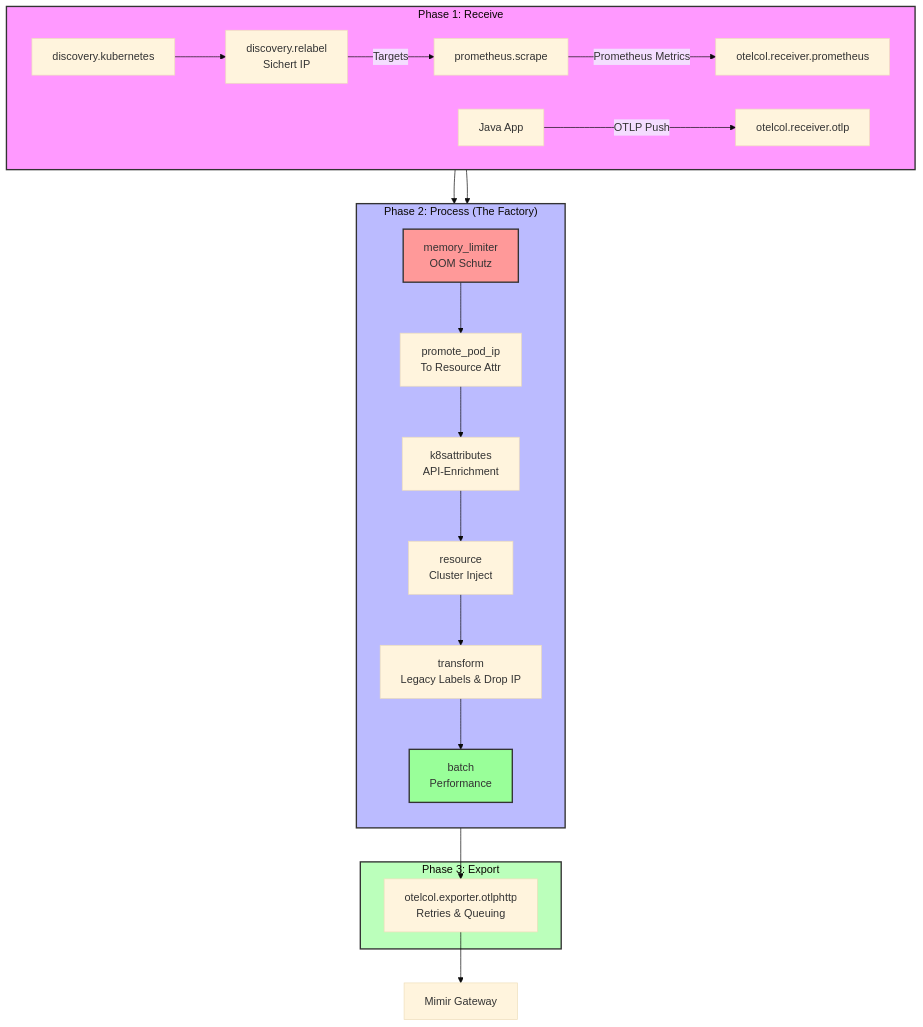
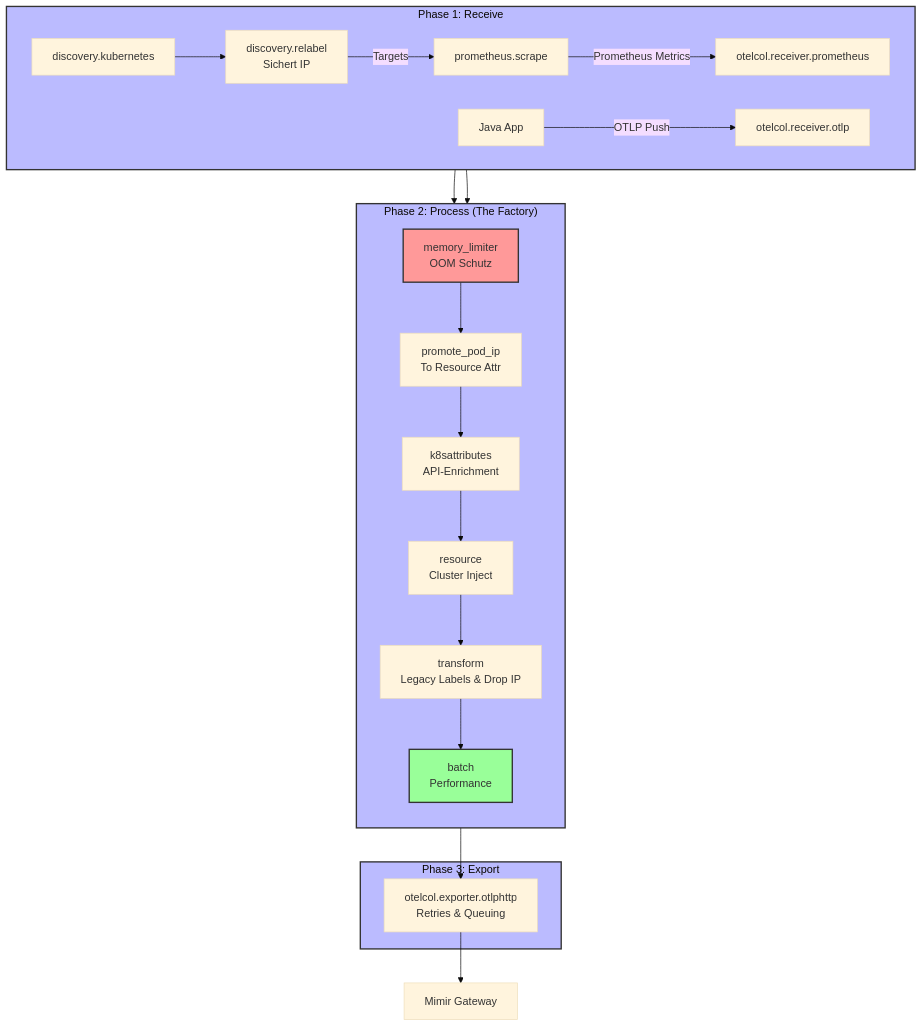
The diagram in docs/data-pipeline-concept.md (saadisfy/bwcloud-gitops), drawn with Mermaid (base theme) before and after one commit.

Commit message:
doc: recolor mermaid graph

````diff
--- a/docs/data-pipeline-concept.md
+++ b/docs/data-pipeline-concept.md
@@ -251,37 +251,37 @@
 ```mermaid
 flowchart TB
     subgraph Phase1["Phase 1: Receive"]
         direction LR
         SD[discovery.kubernetes] --> RL[discovery.relabel<br/>Sichert IP]
         RL -- "Targets" --> PS[prometheus.scrape]
         PS -- "Prometheus Metrics" --> RP[otelcol.receiver.prometheus]
         
         APP[Java App] -- "OTLP Push" --> RO[otelcol.receiver.otlp]
     end
 
     subgraph Phase2["Phase 2: Process (The Factory)"]
         direction TB
         ML[memory_limiter<br/>OOM Schutz] --> PP[promote_pod_ip<br/>To Resource Attr]
         PP --> KA[k8sattributes<br/>API-Enrichment]
         KA --> RS[resource<br/>Cluster Inject]
         RS --> TF[transform<br/>Legacy Labels & Drop IP]
         TF --> BA[batch<br/>Performance]
     end
 
     subgraph Phase3["Phase 3: Export"]
         OTLP[otelcol.exporter.otlphttp<br/>Retries & Queuing]
     end
 
     %% Connections
     RP --> ML
     RO --> ML
     BA --> OTLP
     OTLP --> GW[Mimir Gateway]
 
     %% Styling
-    style Phase1 fill:#f9f,stroke:#333,stroke-width:2px
+    style Phase1 fill:#bbf,stroke:#333,stroke-width:2px
     style Phase2 fill:#bbf,stroke:#333,stroke-width:2px
-    style Phase3 fill:#bfb,stroke:#333,stroke-width:2px
+    style Phase3 fill:#bbf,stroke:#333,stroke-width:2px
     style ML fill:#ff9999,stroke:#333,stroke-width:2px
     style BA fill:#99ff99,stroke:#333,stroke-width:2px
 ```
````
